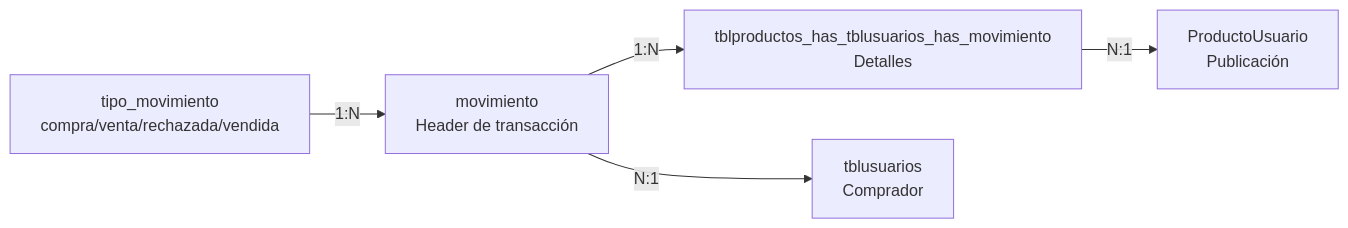
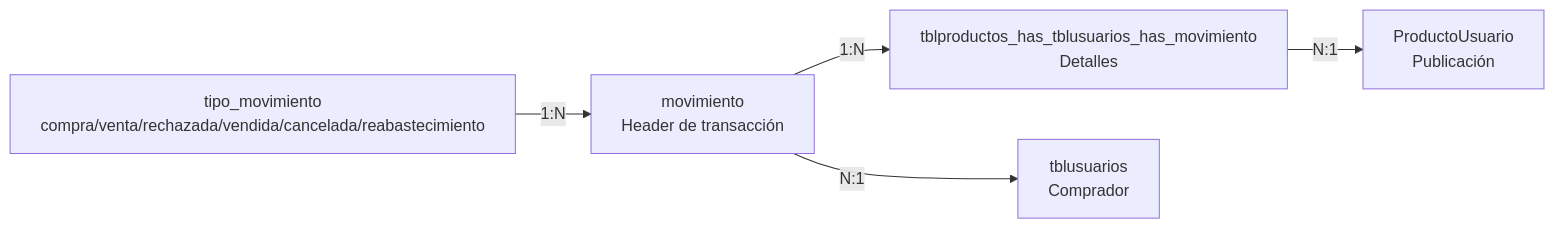
One commit to danieldavid-23/agrosft changed the third of 6 diagrams in docs/ARCHITECTURE.md. Above: the diagram before and after it, drawn with Mermaid. The commit also changed other lines of this file and 12 other files, not shown here.

````diff
--- a/docs/ARCHITECTURE.md
+++ b/docs/ARCHITECTURE.md
@@ -159,7 +161,7 @@
 ```mermaid
 graph LR
-    TM[tipo_movimiento<br>compra/venta/rechazada/vendida] -->|1:N| M[movimiento<br>Header de transacción]
+    TM[tipo_movimiento<br>compra/venta/rechazada/vendida/cancelada/reabastecimiento] -->|1:N| M[movimiento<br>Header de transacción]
     M -->|1:N| PUM[tblproductos_has_tblusuarios_has_movimiento<br>Detalles]
     PUM -->|N:1| PU[ProductoUsuario<br>Publicación]
     M -->|N:1| U[tblusuarios<br>Comprador]
 ```
````
